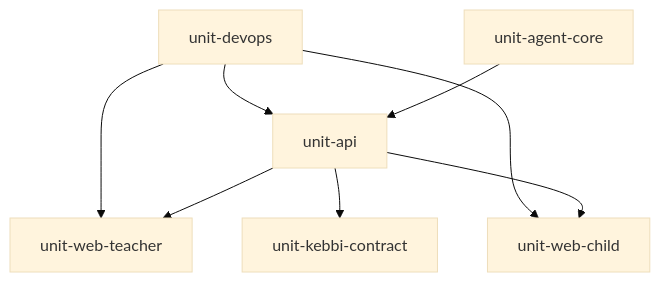
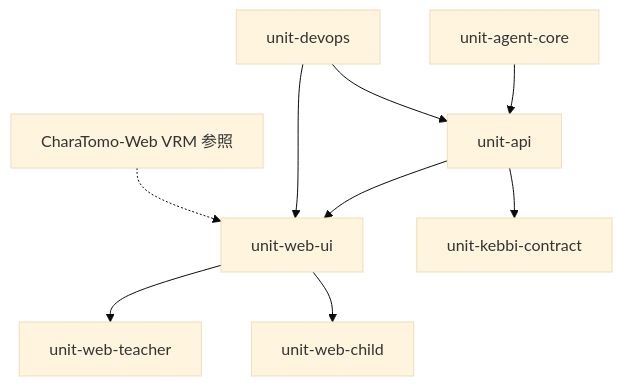
One commit to satoshi-maemoto/nakanaori-agent changed the diagram in aidlc-docs/inception/application-design/unit-of-work-dependency.md. Above: the diagram before and after it, drawn with Mermaid (base theme). The commit also changed other lines of this file and 58 other files, not shown here.

First line of the commit message:
Add unit-web-ui with VRM avatars and demo-ready teacher session discovery.

````diff
--- a/aidlc-docs/inception/application-design/unit-of-work-dependency.md
+++ b/aidlc-docs/inception/application-design/unit-of-work-dependency.md
@@ -16,17 +17,20 @@
 ```mermaid
 flowchart TD
     DevOps[unit-devops]
     Agent[unit-agent-core]
     API[unit-api]
+    WebUI[unit-web-ui]
     Teacher[unit-web-teacher]
     Child[unit-web-child]
     Kebbi[unit-kebbi-contract]
+    CharaTomo[CharaTomo-Web VRM 参照]
 
     Agent --> API
-    API --> Teacher
-    API --> Child
+    API --> WebUI
+    WebUI --> Teacher
+    WebUI --> Child
     API --> Kebbi
     DevOps --> API
-    DevOps --> Teacher
-    DevOps --> Child
+    DevOps --> WebUI
+    CharaTomo -.-> WebUI
 ```
````
